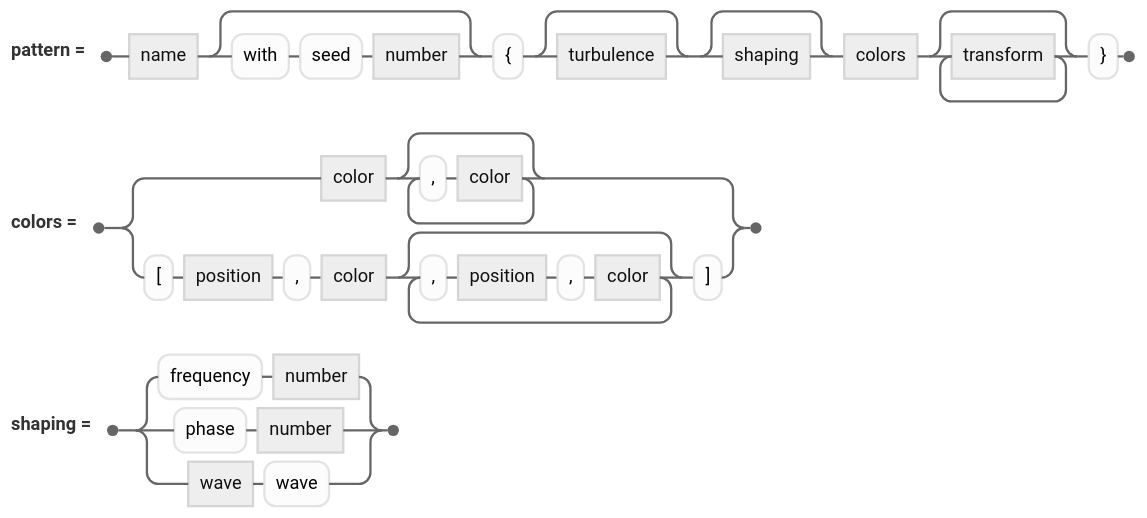
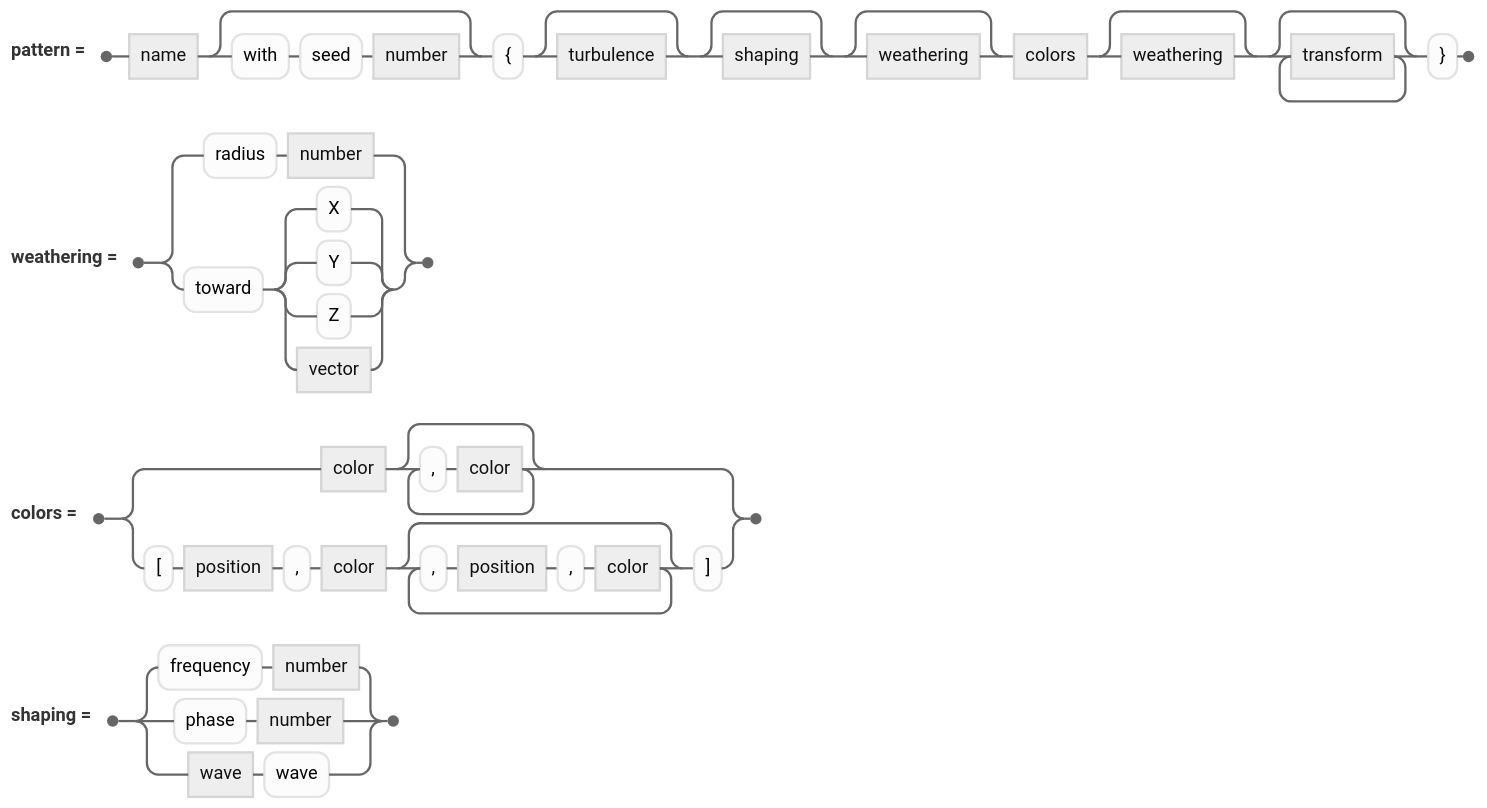
One commit to jskress/RayTracer changed the diagram in docs/diagrams/pigments/patternClause.mmd. Above: the diagram before and after it, drawn with Mermaid (neutral theme). The commit also changed 60 other files, not shown here.

```diff
--- a/docs/diagrams/pigments/patternClause.mmd
+++ b/docs/diagrams/pigments/patternClause.mmd
@@ -1,8 +1,11 @@
 railroad-ebnf-beta
 title "A pattern pigment"
 
-pattern = name [ "with" "seed" number ] "{" [ turbulence ] [ shaping ] colors { transform } "}" ;
+pattern = name [ "with" "seed" number ] "{" [ turbulence ] [ shaping ] [ weathering ] colors [ weathering ]
+          { transform } "}" ;
+
+weathering = "radius" number | "toward" ( "X" | "Y" | "Z" | vector ) ;
 
 colors = color { "," color } | "[" position "," color { "," position "," color } "]" ;
 
 shaping = "frequency" number | "phase" number | wave "wave" ;
```
